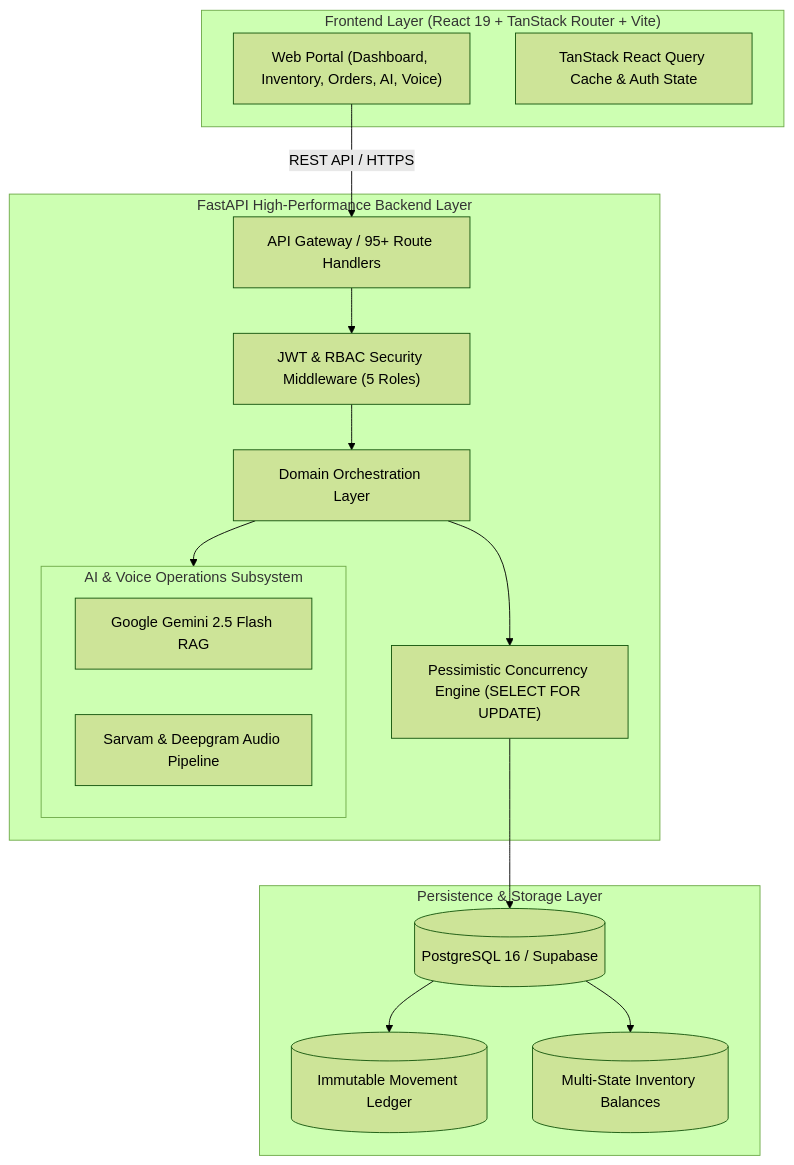
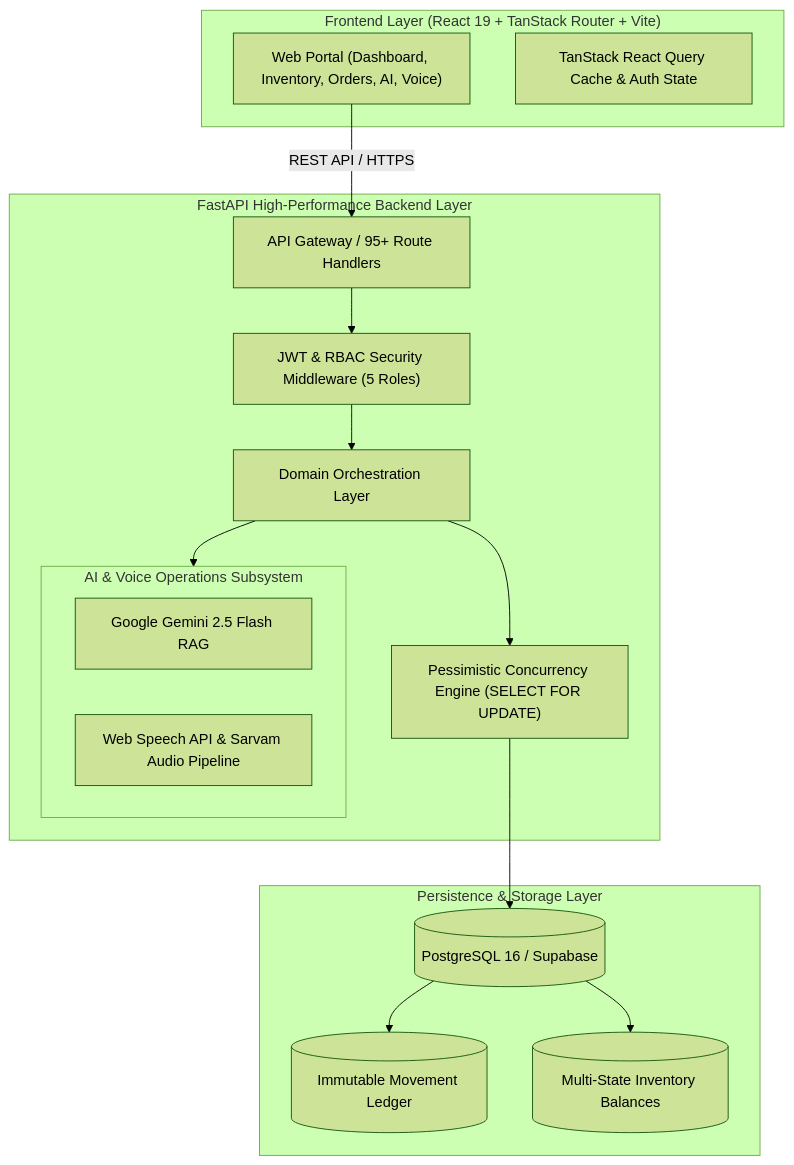
One commit to 25sarvesh2005/WAREHOUSE-MANAGEMENT-SYSTEM changed the diagram in README.md. Above: the diagram before and after it, drawn with Mermaid (forest theme). The commit also changed other lines of this file and 1 other file, not shown here.

````diff
--- a/README.md
+++ b/README.md
@@ -66,34 +94,34 @@
 ```mermaid
 flowchart TB
     subgraph Client["Frontend Layer (React 19 + TanStack Router + Vite)"]
         UI["Web Portal (Dashboard, Inventory, Orders, AI, Voice)"]
         State["TanStack React Query Cache & Auth State"]
     end
 
     subgraph Backend["FastAPI High-Performance Backend Layer"]
         Router["API Gateway / 95+ Route Handlers"]
         Auth["JWT & RBAC Security Middleware (5 Roles)"]
         Controller["Domain Orchestration Layer"]
         Locking["Pessimistic Concurrency Engine (SELECT FOR UPDATE)"]
         
         subgraph AIService["AI & Voice Operations Subsystem"]
             Gemini["Google Gemini 2.5 Flash RAG"]
-            Voice["Sarvam & Deepgram Audio Pipeline"]
+            Voice["Web Speech API & Sarvam Audio Pipeline"]
         end
     end
 
     subgraph Data["Persistence & Storage Layer"]
         Postgres[(PostgreSQL 16 / Supabase)]
         Ledger[("Immutable Movement Ledger")]
         Balances[("Multi-State Inventory Balances")]
     end
 
     UI -->|REST API / HTTPS| Router
     Router --> Auth
     Auth --> Controller
     Controller --> Locking
     Controller --> AIService
     Locking --> Postgres
     Postgres --> Ledger
     Postgres --> Balances
 ```
````
